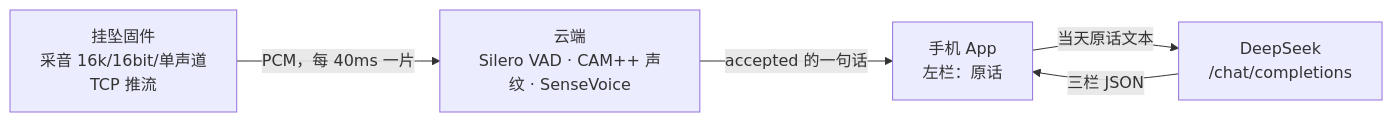
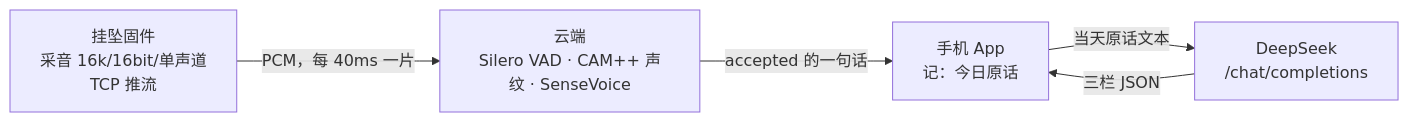
One commit to RUI-debug769/diting changed the diagram in README.md. Above: the diagram before and after it, drawn with Mermaid. The commit also changed other lines of this file and 5 other files, not shown here.

````diff
--- a/README.md
+++ b/README.md
@@ -48,7 +48,7 @@
 ```mermaid
 flowchart LR
     FW["挂坠固件<br/>采音 16k/16bit/单声道<br/>TCP 推流"] -->|"PCM，每 40ms 一片"| CL["云端<br/>Silero VAD · CAM++ 声纹 · SenseVoice"]
-    CL -->|"accepted 的一句话"| APP["手机 App<br/>左栏：原话"]
+    CL -->|"accepted 的一句话"| APP["手机 App<br/>记：今日原话"]
     APP -->|"当天原话文本"| LM["DeepSeek<br/>/chat/completions"]
     LM -->|"三栏 JSON"| APP
 ```
````
